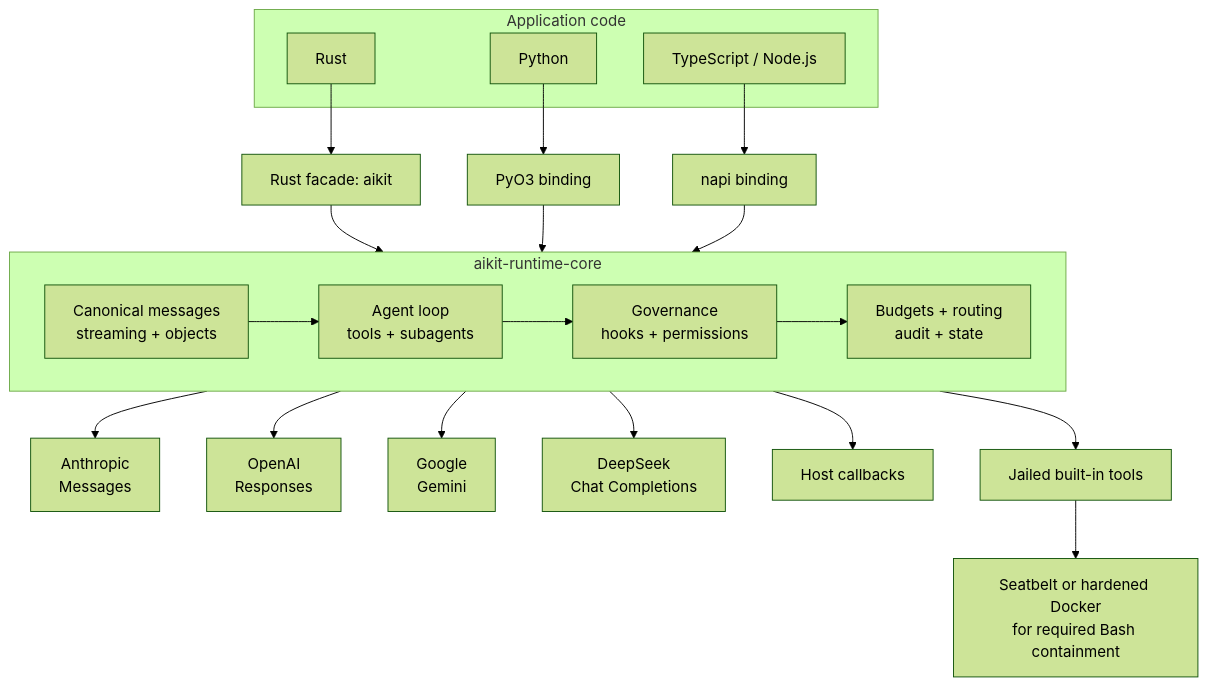
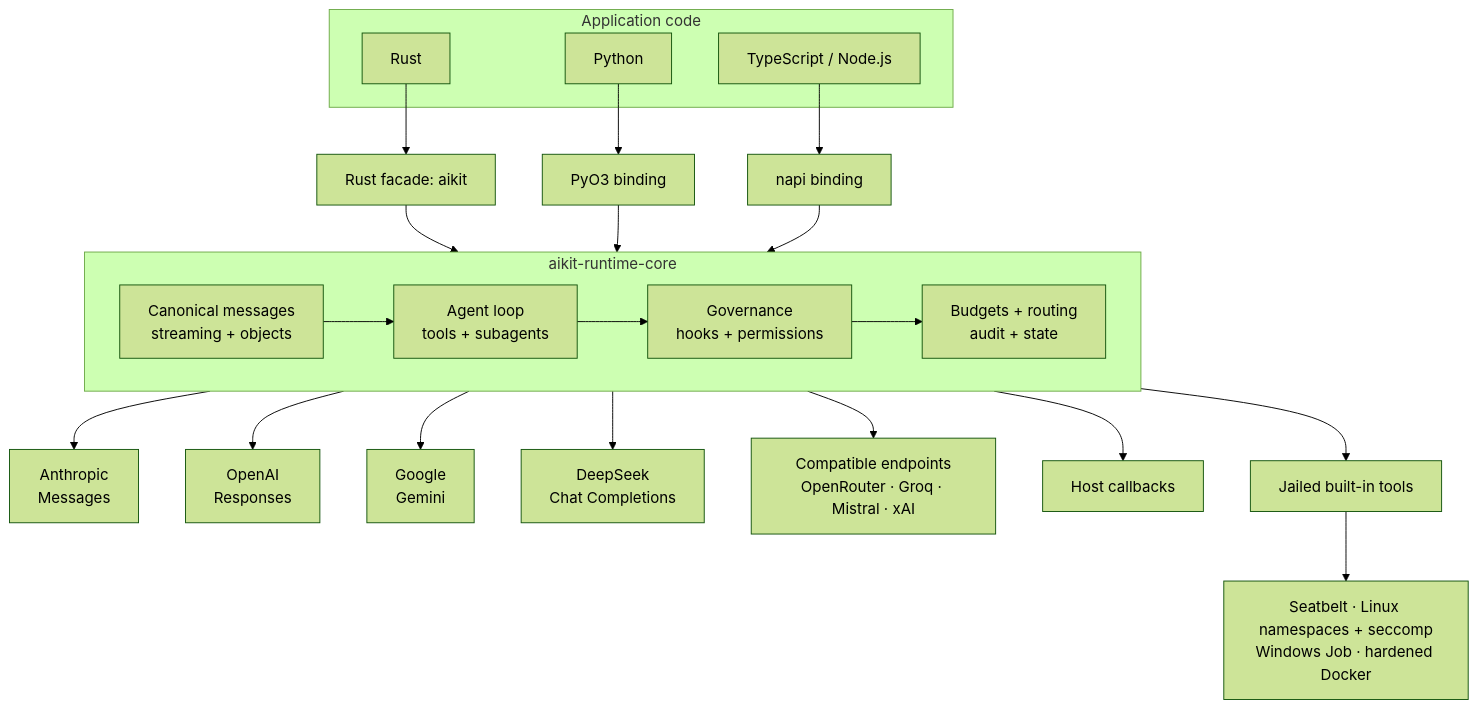
Before and after one commit to matakartal/aikit-runtime: the first of 2 diagrams in README.md, drawn with Mermaid (forest theme). The commit also changed other lines of this file and 12 other files, not shown here.

````diff
--- a/README.md
+++ b/README.md
@@ -41,34 +41,35 @@
 ```mermaid
 flowchart TB
     subgraph Apps[Application code]
         R[Rust]
         P[Python]
         N[TypeScript / Node.js]
     end
 
     R --> F[Rust facade: aikit]
     P --> PY[PyO3 binding]
     N --> JS[napi binding]
 
     F --> CORE
     PY --> CORE
     JS --> CORE
 
     subgraph CORE[aikit-runtime-core]
         direction LR
         MSG[Canonical messages<br/>streaming + objects]
         LOOP[Agent loop<br/>tools + subagents]
         GOV[Governance<br/>hooks + permissions]
         OPS[Budgets + routing<br/>audit + state]
         MSG --> LOOP --> GOV --> OPS
     end
 
     CORE --> A[Anthropic<br/>Messages]
     CORE --> O[OpenAI<br/>Responses]
     CORE --> G[Google<br/>Gemini]
     CORE --> D[DeepSeek<br/>Chat Completions]
+    CORE --> C[Compatible endpoints<br/>OpenRouter · Groq · Mistral · xAI]
 
     CORE --> HOST[Host callbacks]
     CORE --> BUILTIN[Jailed built-in tools]
-    BUILTIN --> BOUNDARY[Seatbelt or hardened Docker<br/>for required Bash containment]
+    BUILTIN --> BOUNDARY[Seatbelt · Linux namespaces + seccomp<br/>Windows Job · hardened Docker]
 ```
````
